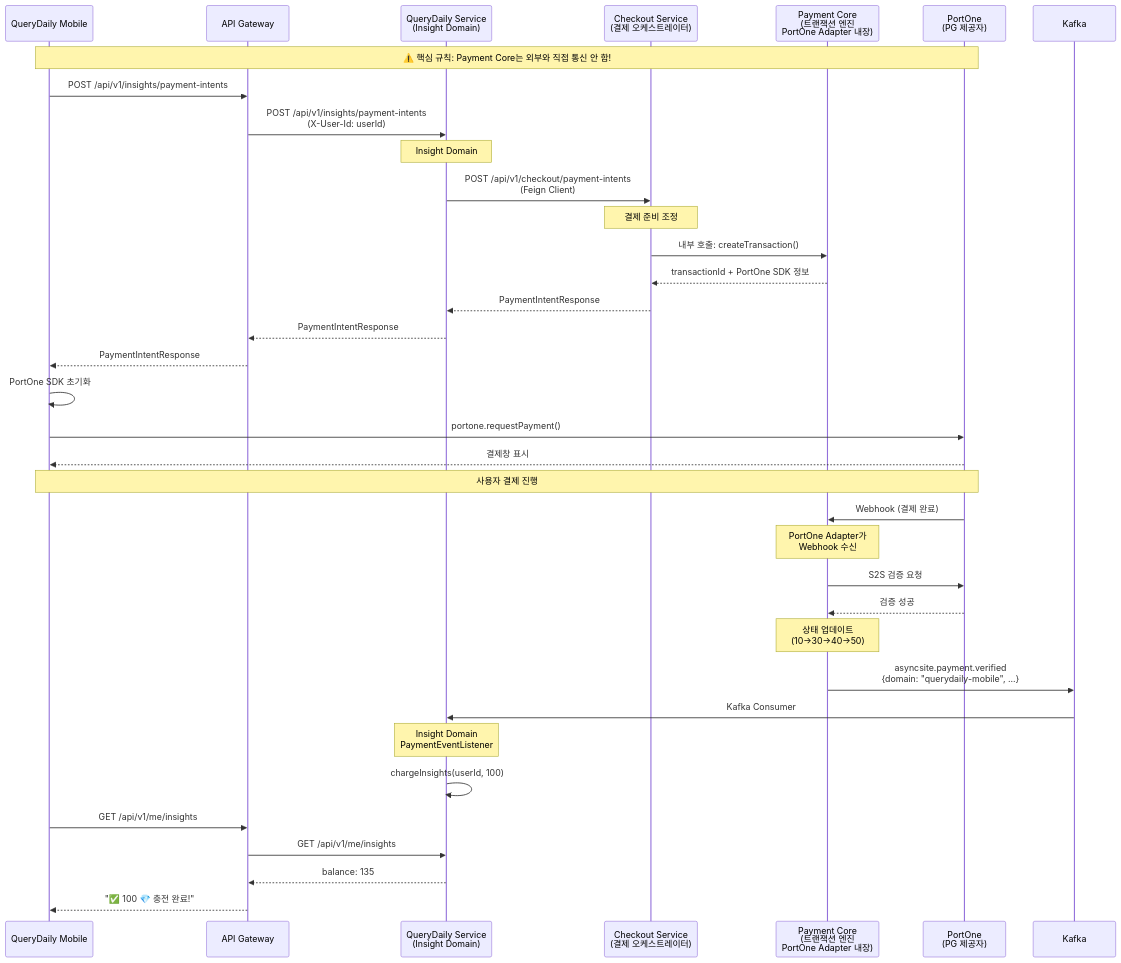
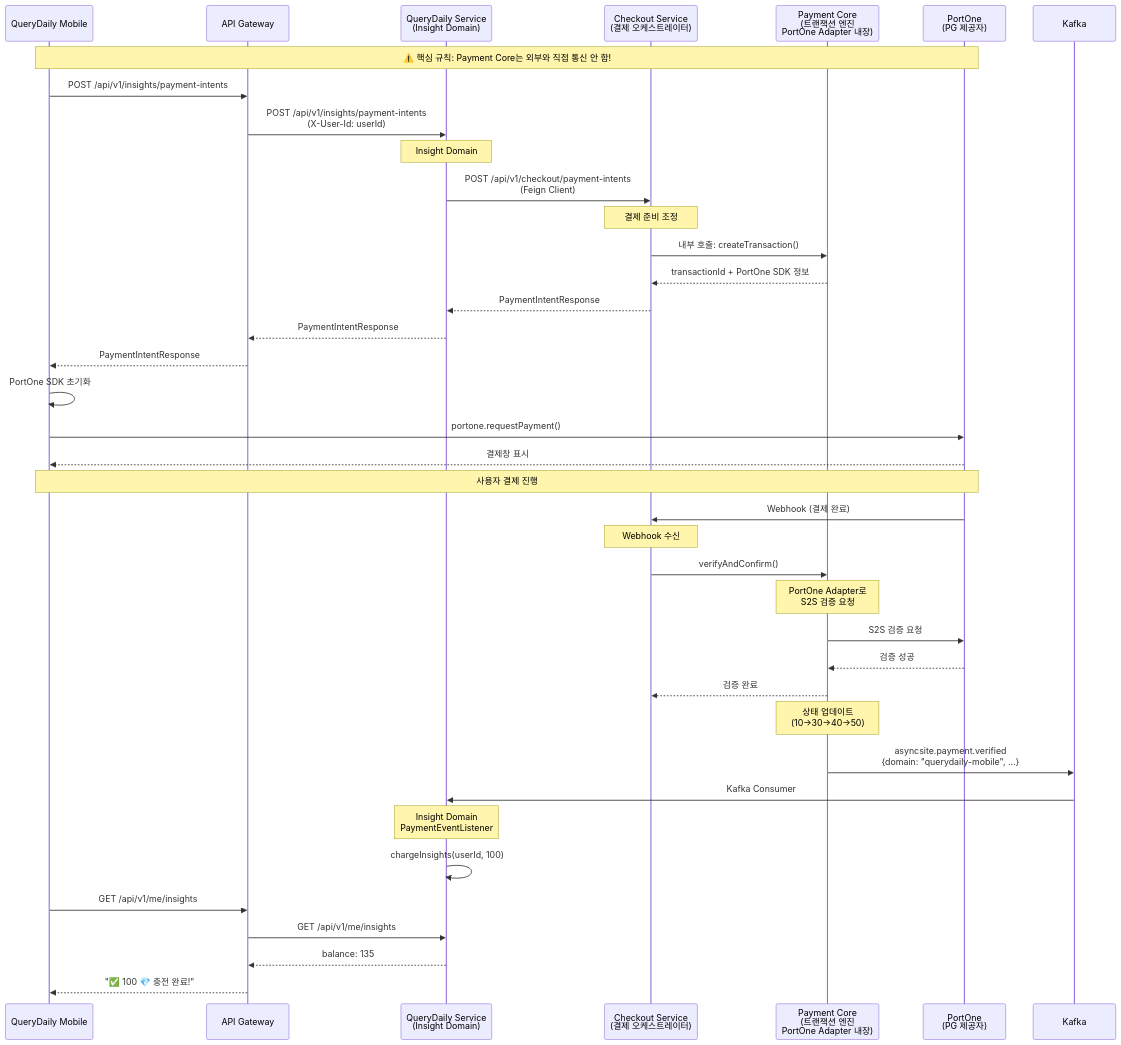
One commit to AsyncSite/querydaily-frontend changed the second of 12 diagrams in docs/plan/MOBILE_MVP_ROADMAP.md. Above: the diagram before and after it, drawn with Mermaid.

Commit message:
docs: 결제 웹훅 플로우 수정 (Checkout이 웹훅 수신)
Webhook 플로우 수정:
- PortOne → Checkout Service (웹훅 수신)
- Checkout → Payment Core (verifyAndConfirm 호출)
- Payment Core → PortOne (S2S 검증)

Payment Core는 웹훅을 직접 받지 않음.
Checkout Service가 API Gateway를 통해 웹훅을 수신하고
Payment Core의 verifyAndConfirm API를 호출하여 검증.

🤖 Generated with [Claude Code](https://claude.com/claude-code)

````diff
--- a/docs/plan/MOBILE_MVP_ROADMAP.md
+++ b/docs/plan/MOBILE_MVP_ROADMAP.md
@@ -231,47 +231,50 @@
 ```mermaid
 sequenceDiagram
     participant Mobile as QueryDaily Mobile
     participant Gateway as API Gateway
     participant QD as QueryDaily Service<br/>(Insight Domain)
     participant Checkout as Checkout Service<br/>(결제 오케스트레이터)
     participant Core as Payment Core<br/>(트랜잭션 엔진<br/>PortOne Adapter 내장)
     participant PortOne as PortOne<br/>(PG 제공자)
     participant Kafka as Kafka
 
     Note over Mobile,PortOne: ⚠️ 핵심 규칙: Payment Core는 외부와 직접 통신 안 함!
 
     Mobile->>Gateway: POST /api/v1/insights/payment-intents
     Gateway->>QD: POST /api/v1/insights/payment-intents<br/>(X-User-Id: userId)
 
     Note over QD: Insight Domain
     QD->>Checkout: POST /api/v1/checkout/payment-intents<br/>(Feign Client)
 
     Note over Checkout: 결제 준비 조정
     Checkout->>Core: 내부 호출: createTransaction()
     Core-->>Checkout: transactionId + PortOne SDK 정보
     Checkout-->>QD: PaymentIntentResponse
     QD-->>Gateway: PaymentIntentResponse
     Gateway-->>Mobile: PaymentIntentResponse
 
     Mobile->>Mobile: PortOne SDK 초기화
     Mobile->>PortOne: portone.requestPayment()
     PortOne-->>Mobile: 결제창 표시
     Note over Mobile,PortOne: 사용자 결제 진행
 
-    PortOne->>Core: Webhook (결제 완료)
-    Note over Core: PortOne Adapter가<br/>Webhook 수신
+    PortOne->>Checkout: Webhook (결제 완료)
+    Note over Checkout: Webhook 수신
+    Checkout->>Core: verifyAndConfirm()
+    Note over Core: PortOne Adapter로<br/>S2S 검증 요청
     Core->>PortOne: S2S 검증 요청
     PortOne-->>Core: 검증 성공
+    Core-->>Checkout: 검증 완료
     Note over Core: 상태 업데이트<br/>(10→30→40→50)
 
     Core->>Kafka: asyncsite.payment.verified<br/>{domain: "querydaily-mobile", ...}
 
     Kafka->>QD: Kafka Consumer
     Note over QD: Insight Domain<br/>PaymentEventListener
     QD->>QD: chargeInsights(userId, 100)
 
     Mobile->>Gateway: GET /api/v1/me/insights
     Gateway->>QD: GET /api/v1/me/insights
     QD-->>Gateway: balance: 135
     Gateway-->>Mobile: "✅ 100 💎 충전 완료!"
 ```
````
